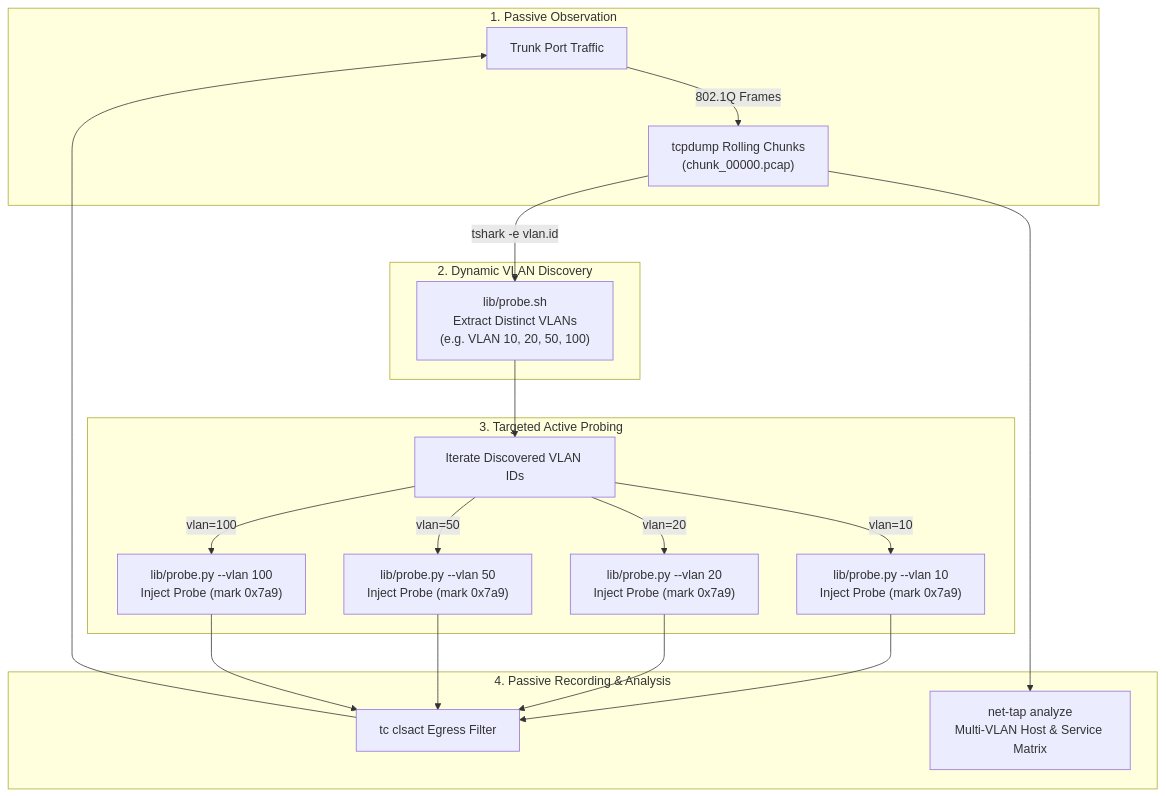
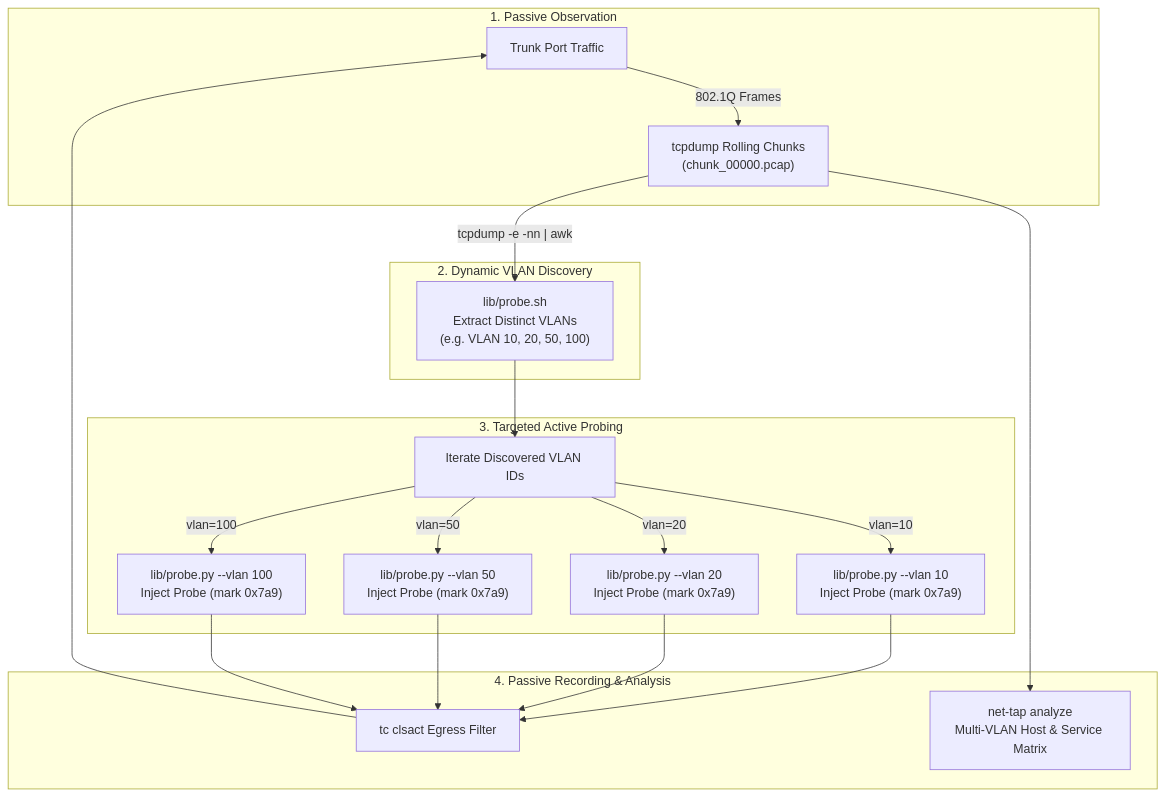
Before and after one commit to Nementon/net-tap: the ninth of 9 diagrams in README.md, drawn with Mermaid. The commit also changed other lines of this file and 9 other files, not shown here.

````diff
--- a/README.md
+++ b/README.md
@@ -737,24 +738,24 @@
 ```mermaid
 flowchart TD
     subgraph Step1 ["1. Passive Observation"]
         WIRE["Trunk Port Traffic"] -->|"802.1Q Frames"| PCAP["tcpdump Rolling Chunks<br/>(chunk_00000.pcap)"]
     end
 
     subgraph Step2 ["2. Dynamic VLAN Discovery"]
-        PCAP -->|"tshark -e vlan.id"| DISCOVERY["lib/probe.sh<br/>Extract Distinct VLANs<br/>(e.g. VLAN 10, 20, 50, 100)"]
+        PCAP -->|"tcpdump -e -nn | awk"| DISCOVERY["lib/probe.sh<br/>Extract Distinct VLANs<br/>(e.g. VLAN 10, 20, 50, 100)"]
     end
 
     subgraph Step3 ["3. Targeted Active Probing"]
         DISCOVERY --> ITERATOR["Iterate Discovered VLAN IDs"]
         ITERATOR -->|"vlan=10"| P10["lib/probe.py --vlan 10<br/>Inject Probe (mark 0x7a9)"]
         ITERATOR -->|"vlan=20"| P20["lib/probe.py --vlan 20<br/>Inject Probe (mark 0x7a9)"]
         ITERATOR -->|"vlan=50"| P50["lib/probe.py --vlan 50<br/>Inject Probe (mark 0x7a9)"]
         ITERATOR -->|"vlan=100"| P100["lib/probe.py --vlan 100<br/>Inject Probe (mark 0x7a9)"]
     end
 
     subgraph Step4 ["4. Passive Recording & Analysis"]
         P10 & P20 & P50 & P100 --> TC_EGRESS["tc clsact Egress Filter"]
         TC_EGRESS --> WIRE
         PCAP --> ANALYZE["net-tap analyze<br/>Multi-VLAN Host & Service Matrix"]
     end
 ```
````
